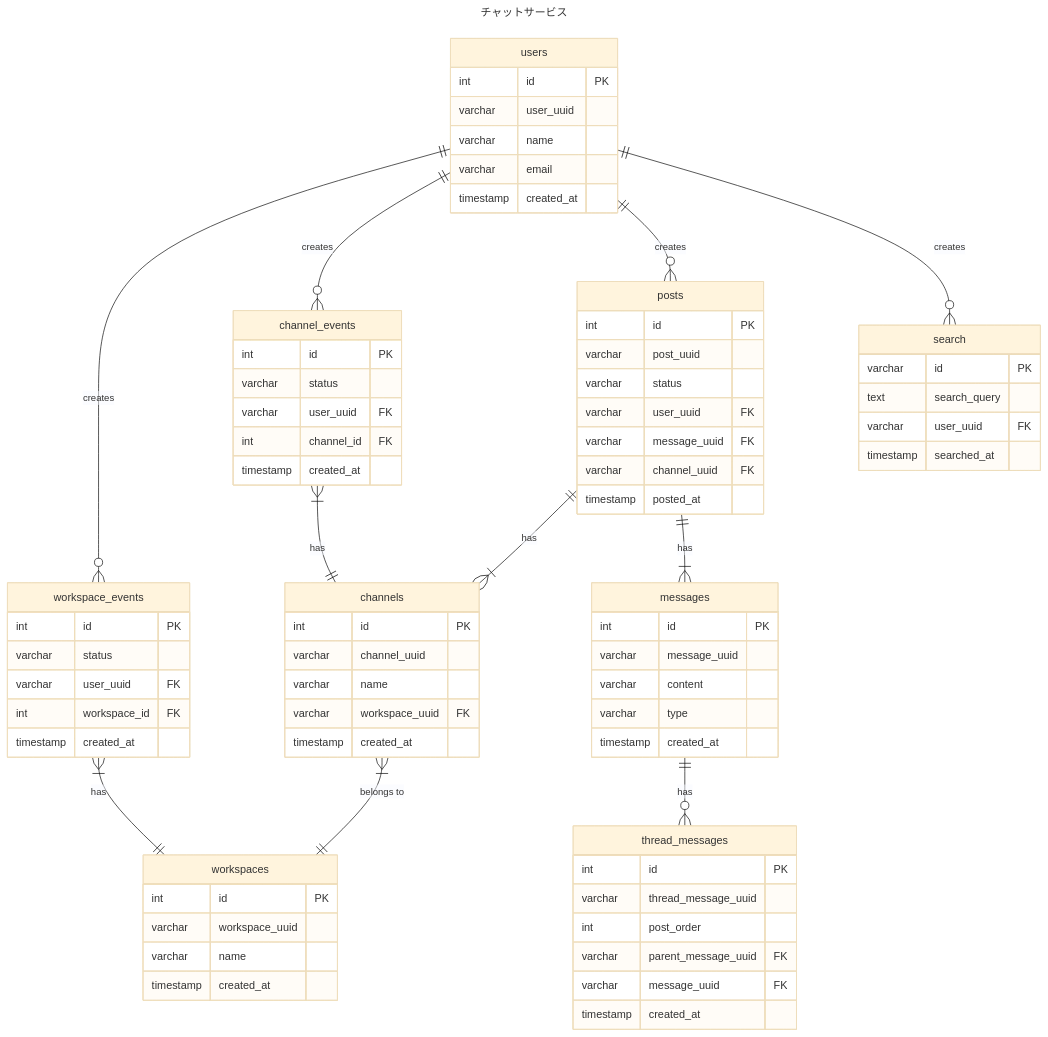
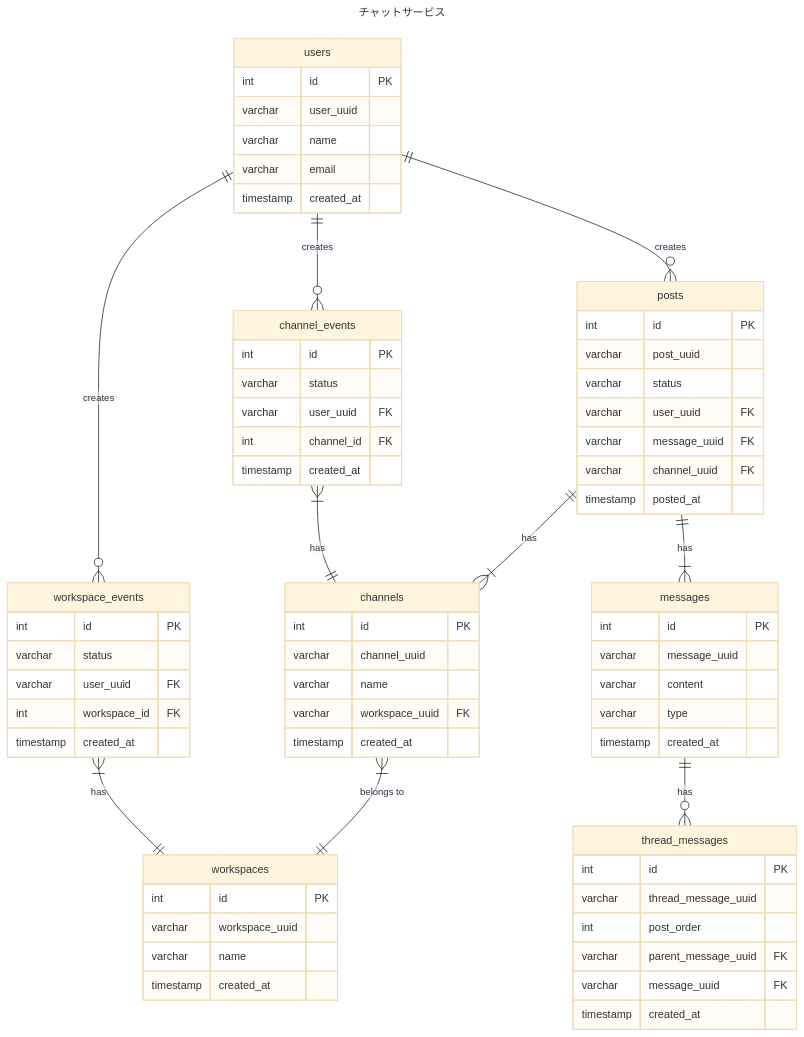
Before and after one commit to ttakuma17/til: the diagram in db/modeling/2/er.md, drawn with Mermaid (base theme).

Commit message:
search残ってた

```diff
--- a/db/modeling/2/er.md
+++ b/db/modeling/2/er.md
@@ -75,13 +75,6 @@
     varchar channel_uuid FK
     timestamp posted_at
   }
-  %% 検索(E)
-  search {
-    varchar id PK
-    text search_query
-    varchar user_uuid FK
-    timestamp searched_at
-  }
   %% メッセージ(R)
   messages {
     int id PK
@@ -103,7 +96,6 @@
   users ||--o{ workspace_events: "creates"
   users ||--o{ channel_events: "creates"
   users ||--o{ posts: "creates"
-  users ||--o{ search: "creates"
   channels }| -- || workspaces: "belongs to"
   posts ||--|{ channels: "has"
   posts ||--|{ messages: "has"
```
